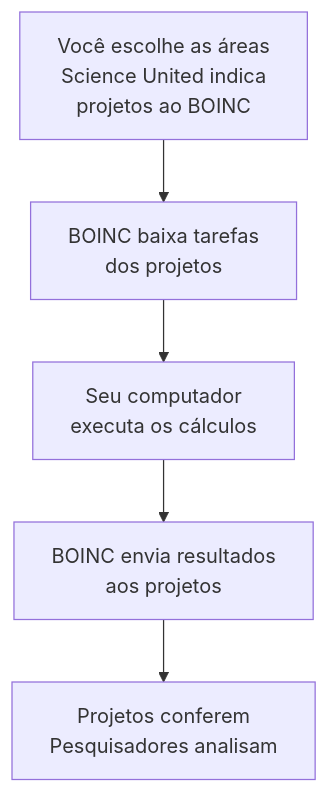
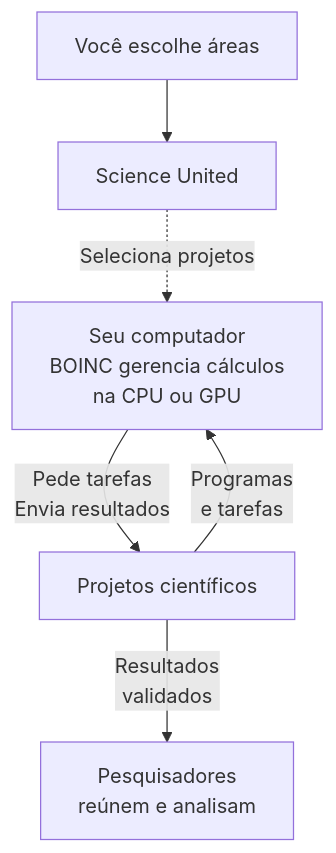
One commit to guilycst/guigoes-v2 changed the first of 2 diagrams in content/blogs/boinc-ciencia-cpu-gpu-kubernetes/index.md. Above: the diagram before and after it, drawn with Mermaid. The commit also changed other lines of this file, not shown here.

Commit message:
fix(blog): show BOINC coordination and work cycles

````diff
--- a/content/blogs/boinc-ciencia-cpu-gpu-kubernetes/index.md
+++ b/content/blogs/boinc-ciencia-cpu-gpu-kubernetes/index.md
@@ -30,11 +30,10 @@
 ```mermaid
 flowchart TB
     accTitle: Como a contribuição chega à pesquisa
-    accDescr: Você escolhe áreas no Science United, que indica projetos ao BOINC. O cliente baixa programas e tarefas diretamente desses projetos. Seu computador executa os cálculos e o BOINC devolve os resultados aos projetos, que os conferem para a análise das equipes de pesquisa.
-    areas["Você escolhe as áreas<br/>Science United indica<br/>projetos ao BOINC"]
-    download["BOINC baixa tarefas<br/>dos projetos"]
-    calculo["Seu computador<br/>executa os cálculos"]
-    envio["BOINC envia resultados<br/>aos projetos"]
-    pesquisa["Projetos conferem<br/>Pesquisadores analisam"]
-    areas --> download --> calculo --> envio --> pesquisa
+    accDescr: Você informa suas áreas de interesse ao Science United, que indica projetos ao BOINC. No seu computador, o BOINC executa os programas científicos na CPU ou GPU. O cliente pede tarefas e devolve resultados diretamente aos projetos, que enviam os programas e dados para os cálculos. Essa troca se repete. Os projetos validam os resultados para a análise dos pesquisadores. O Science United coordena a escolha dos projetos, sem intermediar a transferência das tarefas e dos resultados.
+    pessoa["Você escolhe áreas"] --> su["Science United"]
+    su -. "Seleciona projetos" .-> cliente["Seu computador<br/>BOINC gerencia cálculos<br/>na CPU ou GPU"]
+    cliente -->|"Pede tarefas<br/>Envia resultados"| projetos["Projetos científicos"]
+    projetos -->|"Programas<br/>e tarefas"| cliente
+    projetos -->|"Resultados<br/>validados"| pesquisa["Pesquisadores<br/>reúnem e analisam"]
 ```
````
